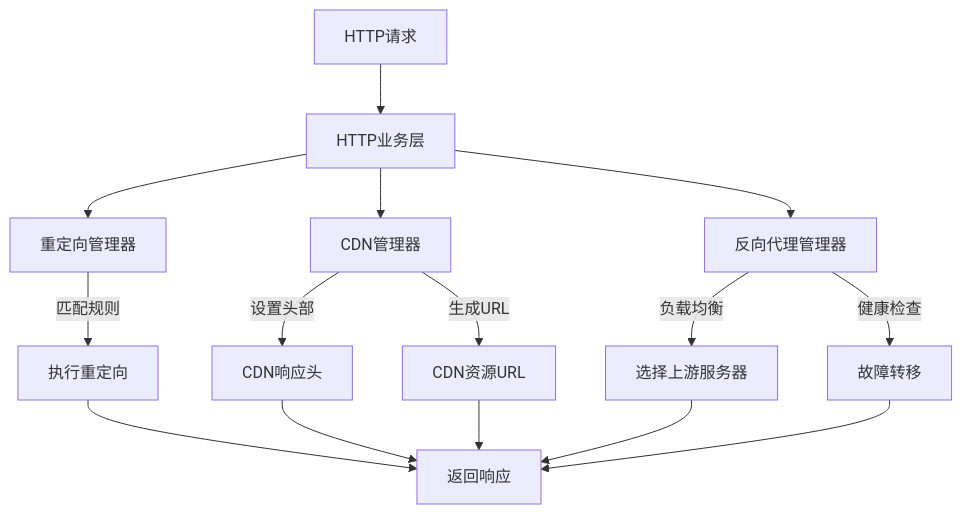
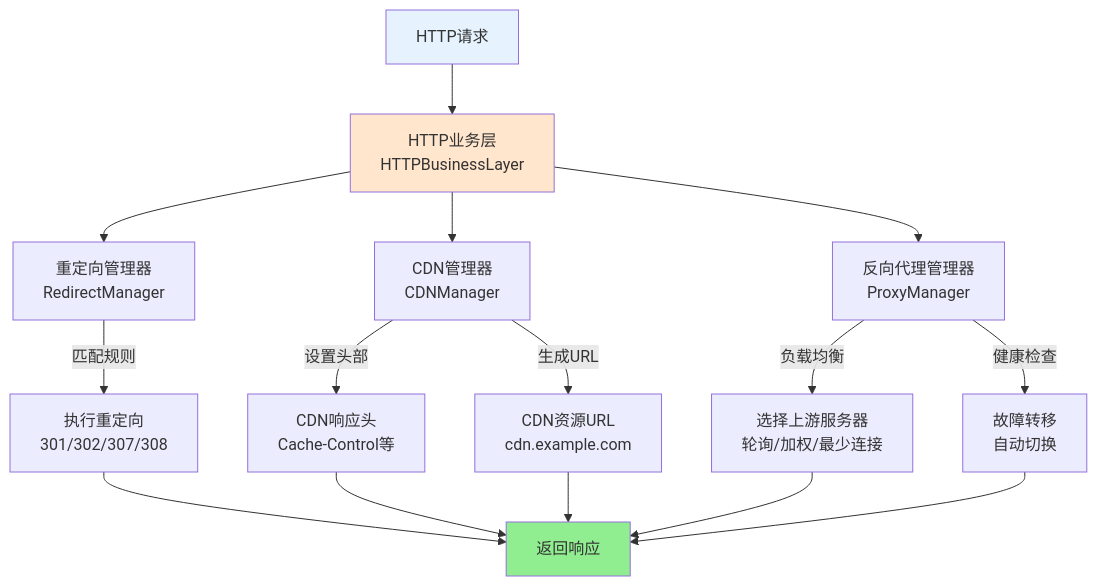
The first of 5 diagrams in docs/http-business-layer.md (sunflowermm/XRK-AGT), drawn with Mermaid before and after one commit. The commit also changed other lines of this file and 5 other files, not shown here.

````diff
--- a/docs/http-business-layer.md
+++ b/docs/http-business-layer.md
@@ -29,19 +29,24 @@
 ```mermaid
 flowchart TB
-    A[HTTP请求] --> B[HTTP业务层]
-    B --> C[重定向管理器]
-    B --> D[CDN管理器]
-    B --> E[反向代理管理器]
+    Request["HTTP请求"] --> Business["HTTP业务层<br/>HTTPBusinessLayer"]
     
-    C -->|匹配规则| F[执行重定向]
-    D -->|设置头部| G[CDN响应头]
-    D -->|生成URL| H[CDN资源URL]
-    E -->|负载均衡| I[选择上游服务器]
-    E -->|健康检查| J[故障转移]
+    Business --> Redirect["重定向管理器<br/>RedirectManager"]
+    Business --> CDN["CDN管理器<br/>CDNManager"]
+    Business --> Proxy["反向代理管理器<br/>ProxyManager"]
     
-    F --> L[返回响应]
-    G --> L
-    H --> L
-    I --> L
-    J --> L
+    Redirect -->|匹配规则| RedirectAction["执行重定向<br/>301/302/307/308"]
+    CDN -->|设置头部| CDNHeaders["CDN响应头<br/>Cache-Control等"]
+    CDN -->|生成URL| CDNUrl["CDN资源URL<br/>cdn.example.com"]
+    Proxy -->|负载均衡| LoadBalance["选择上游服务器<br/>轮询/加权/最少连接"]
+    Proxy -->|健康检查| HealthCheck["故障转移<br/>自动切换"]
+    
+    RedirectAction --> Response["返回响应"]
+    CDNHeaders --> Response
+    CDNUrl --> Response
+    LoadBalance --> Response
+    HealthCheck --> Response
+    
+    style Request fill:#E6F3FF
+    style Business fill:#FFE6CC
+    style Response fill:#90EE90
 ```
````
